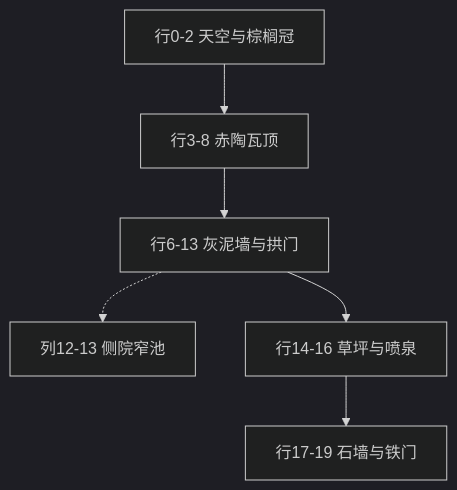
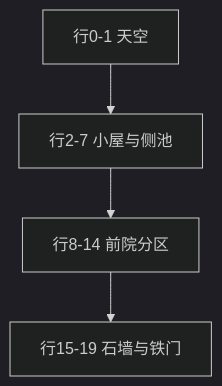
One commit to liu-hy21/Blysch changed the diagram in docs/乐园建筑美术设计.md. Above: the diagram before and after it, drawn with Mermaid (dark theme). The commit also changed other lines of this file and 4 other files, not shown here.

````diff
--- a/docs/乐园建筑美术设计.md
+++ b/docs/乐园建筑美术设计.md
@@ -149,11 +149,8 @@
 ```mermaid
 flowchart TB
-  sky[行0-2 天空与棕榈冠]
-  roof[行3-8 赤陶瓦顶]
-  wall[行6-13 灰泥墙与拱门]
-  pool[列12-13 侧院窄池]
-  court[行14-16 草坪与喷泉]
-  street[行17-19 石墙与铁门]
-  sky --> roof --> wall --> court --> street
-  wall -.-> pool
+  sky[行0-1 天空]
+  house[行2-7 小屋与侧池]
+  court[行8-14 前院分区]
+  street[行15-19 石墙与铁门]
+  sky --> house --> court --> street
 ```
````
